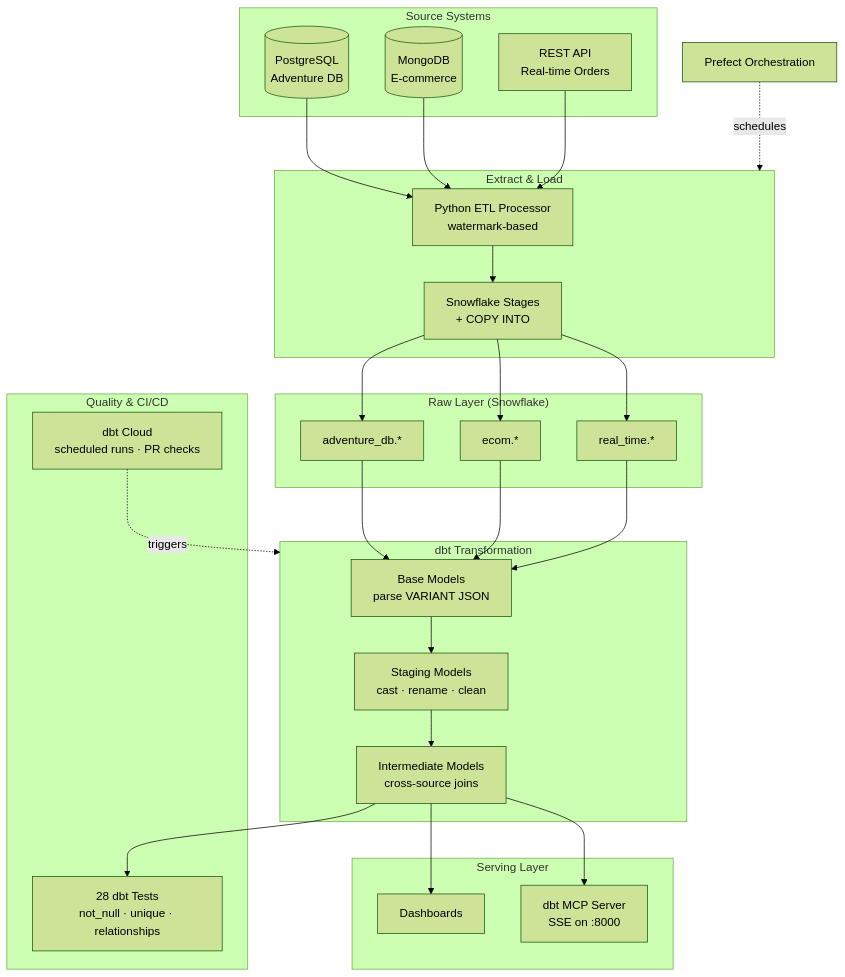
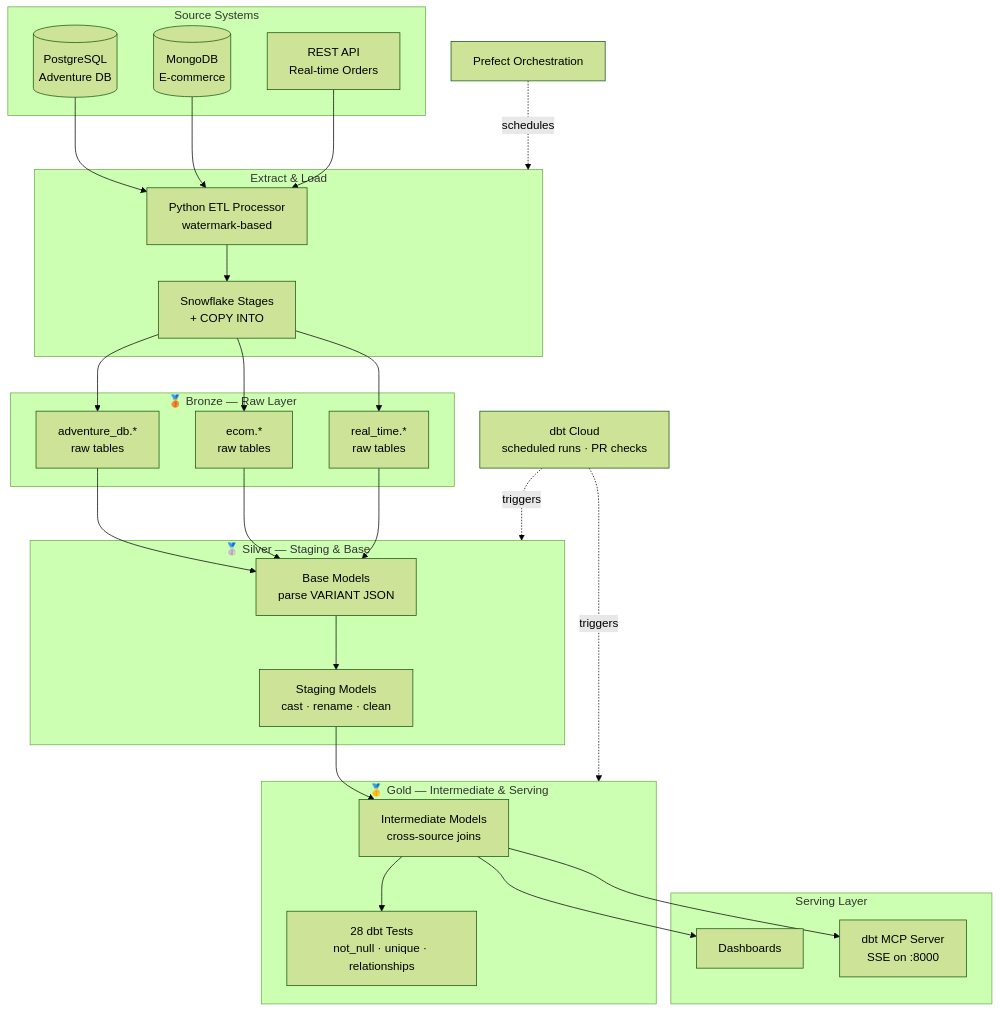
Before and after one commit to JonasButikofer/end-to-end-data-engineering: the diagram in README.md, drawn with Mermaid (forest theme). The commit also changed other lines of this file, not shown here.

Commit message:
updated chart

````diff
--- a/README.md
+++ b/README.md
@@ -9,51 +9,51 @@
 ```mermaid
 flowchart TD
     subgraph Sources["Source Systems"]
         PG[(PostgreSQL\nAdventure DB)]
         MG[(MongoDB\nE-commerce)]
         API[REST API\nReal-time Orders]
     end
 
     subgraph Ingest["Extract & Load"]
         ETL[Python ETL Processor\nwatermark-based]
         STAGE[Snowflake Stages\n+ COPY INTO]
     end
 
-    subgraph Raw["Raw Layer (Snowflake)"]
-        RAW_S[adventure_db.*]
-        RAW_E[ecom.*]
-        RAW_RT[real_time.*]
+    subgraph Bronze["🥉 Bronze — Raw Layer"]
+        RAW_S[adventure_db.*\nraw tables]
+        RAW_E[ecom.*\nraw tables]
+        RAW_RT[real_time.*\nraw tables]
     end
 
-    subgraph Transform["dbt Transformation"]
+    subgraph Silver["🥈 Silver — Staging & Base"]
         BASE[Base Models\nparse VARIANT JSON]
         STG[Staging Models\ncast · rename · clean]
-        INT[Intermediate Models\ncross-source joins]
     end
 
-    subgraph Quality["Quality & CI/CD"]
+    subgraph Gold["🥇 Gold — Intermediate & Serving"]
+        INT[Intermediate Models\ncross-source joins]
         TESTS[28 dbt Tests\nnot_null · unique · relationships]
-        CLOUD[dbt Cloud\nscheduled runs · PR checks]
     end
 
     subgraph Serve["Serving Layer"]
         DASH[Dashboards]
         MCP[dbt MCP Server\nSSE on :8000]
     end
 
     PREFECT[Prefect Orchestration]
+    CLOUD[dbt Cloud\nscheduled runs · PR checks]
 
     PG --> ETL
     MG --> ETL
     API --> ETL
     ETL --> STAGE
     STAGE --> RAW_S & RAW_E & RAW_RT
     RAW_S & RAW_E & RAW_RT --> BASE
     BASE --> STG
     STG --> INT
     INT --> TESTS
     INT --> DASH
     INT --> MCP
-    CLOUD -.->|triggers| Transform
+    CLOUD -.->|triggers| Silver & Gold
     PREFECT -.->|schedules| Ingest
 ```
````
